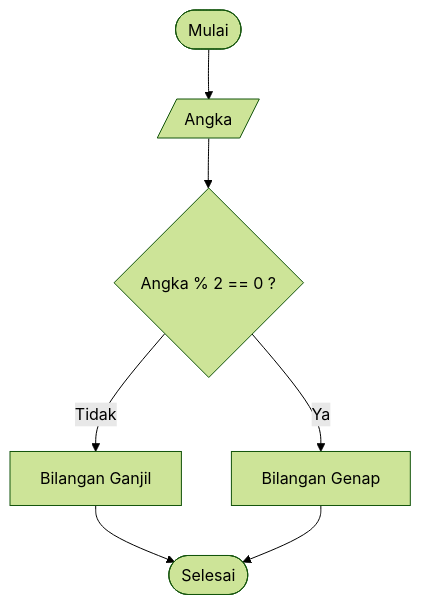
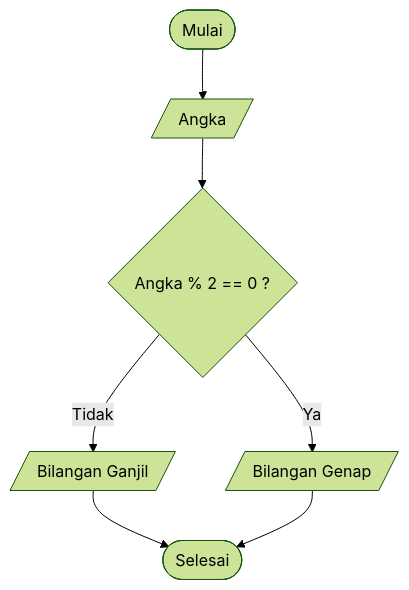
Before and after one commit to whyu07/koda-b10-algoritma: the diagram in README.md, drawn with Mermaid (forest theme).

````diff
--- a/README.md
+++ b/README.md
@@ -28,9 +28,9 @@
 ```mermaid
 flowchart TD
     A([Mulai]) --> B[/Angka/]
     B --> C{Angka % 2 == 0 ?}
-    C -- Ya --> D[Bilangan Genap]
-    C -- Tidak --> E[Bilangan Ganjil]
+    C -- Ya --> D[/Bilangan Genap/]
+    C -- Tidak --> E[/Bilangan Ganjil/]
     E --> F
     D --> F([Selesai])
 ```
````
